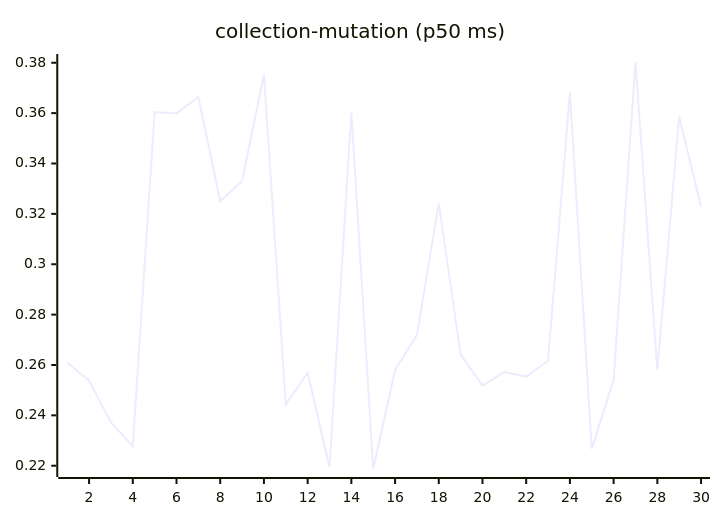
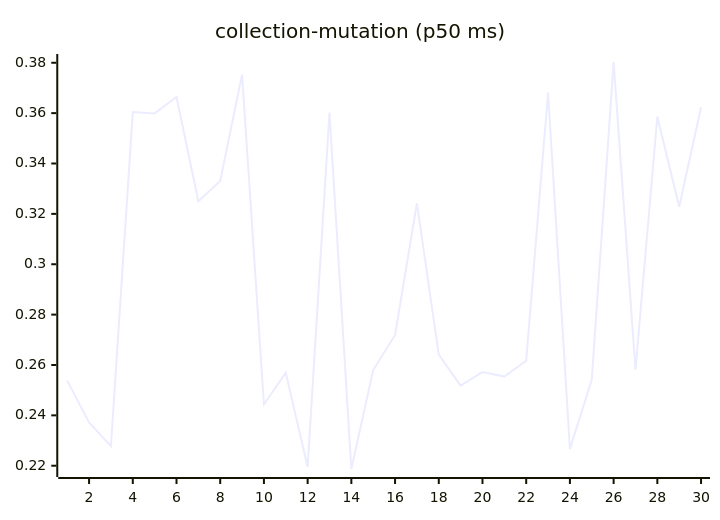
Before and after one commit to josha/Facet: the sixth of 27 diagrams in README.md, drawn with Mermaid. The commit also changed other lines of this file and 2 other files, not shown here.

````diff
--- a/README.md
+++ b/README.md
@@ -98,6 +98,6 @@
 ```mermaid
 xychart-beta
     title "collection-mutation (p50 ms)"
     x-axis 1 --> 30
-    line [0.2609, 0.2538, 0.2372, 0.2278, 0.3604, 0.3599, 0.3664, 0.3250, 0.3331, 0.3753, 0.2444, 0.2569, 0.2195, 0.3602, 0.2187, 0.2580, 0.2719, 0.3242, 0.2641, 0.2518, 0.2572, 0.2554, 0.2617, 0.3682, 0.2267, 0.2541, 0.3803, 0.2581, 0.3586, 0.3228]
+    line [0.2538, 0.2372, 0.2278, 0.3604, 0.3599, 0.3664, 0.3250, 0.3331, 0.3753, 0.2444, 0.2569, 0.2195, 0.3602, 0.2187, 0.2580, 0.2719, 0.3242, 0.2641, 0.2518, 0.2572, 0.2554, 0.2617, 0.3682, 0.2267, 0.2541, 0.3803, 0.2581, 0.3586, 0.3228, 0.3623]
 ```
````
